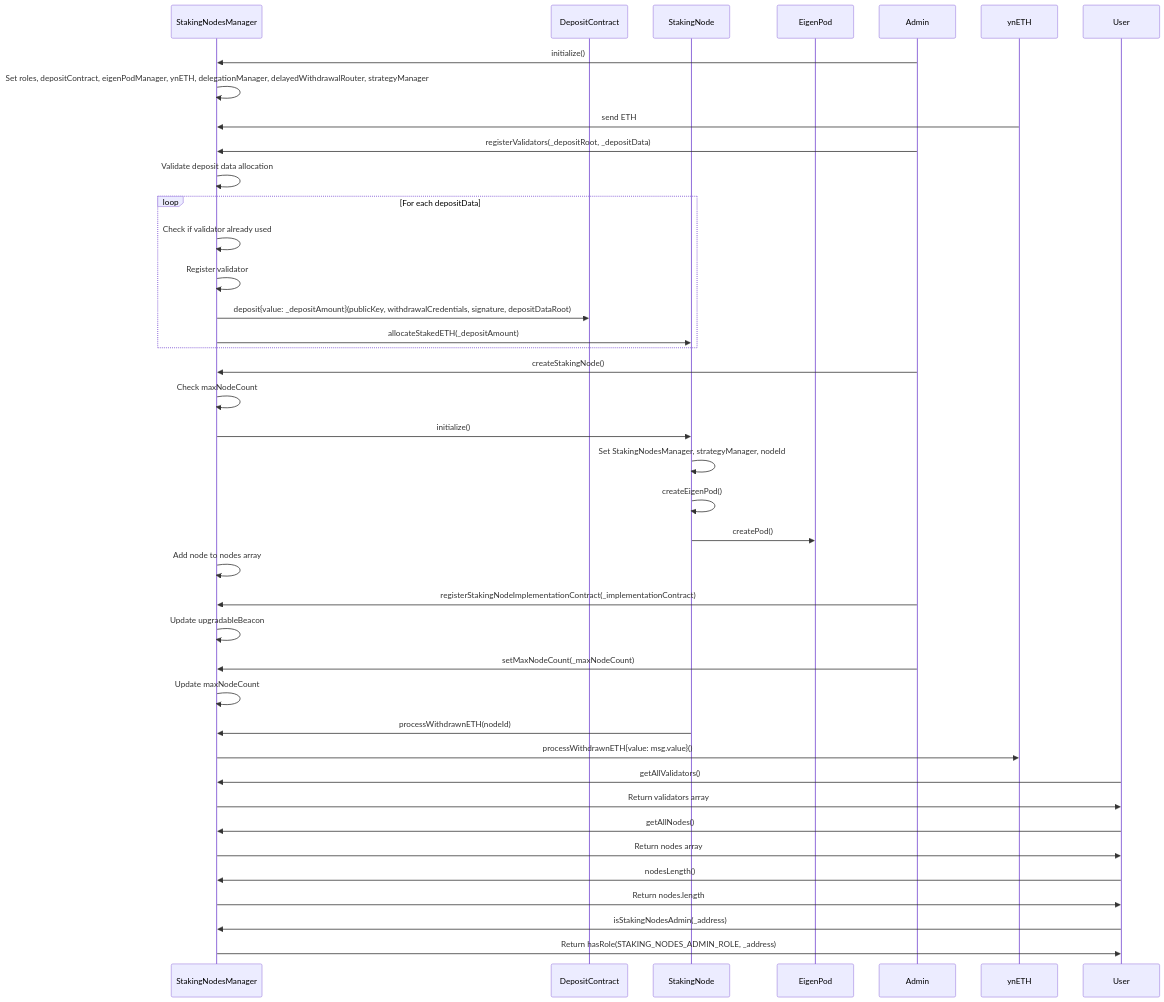
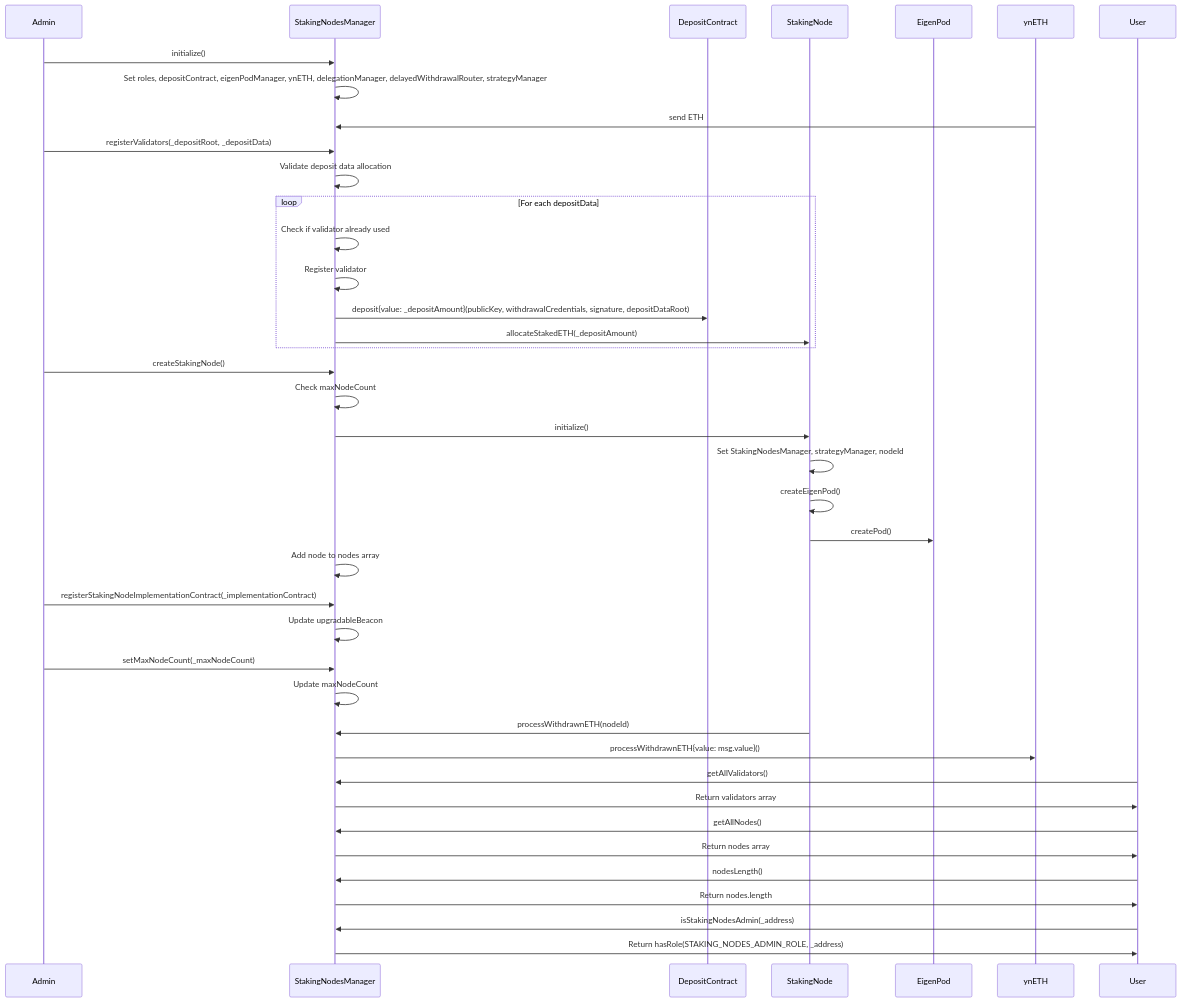
One commit to yieldnest/yieldnest-protocol changed the fourth of 7 diagrams in docs/YieldNest-Flows.md. Above: the diagram before and after it, drawn with Mermaid. The commit also changed other lines of this file and 1 other file, not shown here.

````diff
--- a/docs/YieldNest-Flows.md
+++ b/docs/YieldNest-Flows.md
@@ -152,62 +152,62 @@
   ```mermaid
   sequenceDiagram
+    participant Admin as Admin
     participant SNM as StakingNodesManager
     participant DC as DepositContract
     participant Node as StakingNode
     participant EP as EigenPod
-    participant Admin as Admin
 
     %% Initialization %%
     Admin->>SNM: initialize()
     SNM->>SNM: Set roles, depositContract, eigenPodManager, ynETH, delegationManager, delayedWithdrawalRouter, strategyManager
 
     %% Receive ETH %%
     ynETH->>SNM: send ETH
 
     %% Register Validators %%
     Admin->>SNM: registerValidators(_depositRoot, _depositData)
     SNM->>SNM: Validate deposit data allocation
     loop For each depositData
         SNM->>SNM: Check if validator already used
         SNM->>SNM: Register validator
         SNM->>DC: deposit{value: _depositAmount}(publicKey, withdrawalCredentials, signature, depositDataRoot)
         SNM->>Node: allocateStakedETH(_depositAmount)
     end
 
     %% Create Staking Node %%
     Admin->>SNM: createStakingNode()
     SNM->>SNM: Check maxNodeCount
     SNM->>Node: initialize()
     Node->>Node: Set StakingNodesManager, strategyManager, nodeId
     Node->>Node: createEigenPod()
     Node->>EP: createPod()
     SNM->>SNM: Add node to nodes array
 
     %% Register Staking Node Implementation Contract %%
     Admin->>SNM: registerStakingNodeImplementationContract(_implementationContract)
     SNM->>SNM: Update upgradableBeacon
 
     %% Set Max Node Count %%
     Admin->>SNM: setMaxNodeCount(_maxNodeCount)
     SNM->>SNM: Update maxNodeCount
 
     %% Process Withdrawn ETH %%
     Node->>SNM: processWithdrawnETH(nodeId)
     SNM->>ynETH: processWithdrawnETH{value: msg.value}()
 
     %% Get All Validators %%
     User->>SNM: getAllValidators()
     SNM->>User: Return validators array
 
     %% Get All Nodes %%
     User->>SNM: getAllNodes()
     SNM->>User: Return nodes array
 
     %% Nodes Length %%
     User->>SNM: nodesLength()
     SNM->>User: Return nodes.length
 
     %% Is Staking Nodes Admin %%
     User->>SNM: isStakingNodesAdmin(_address)
     SNM->>User: Return hasRole(STAKING_NODES_ADMIN_ROLE, _address)
 ```
````
